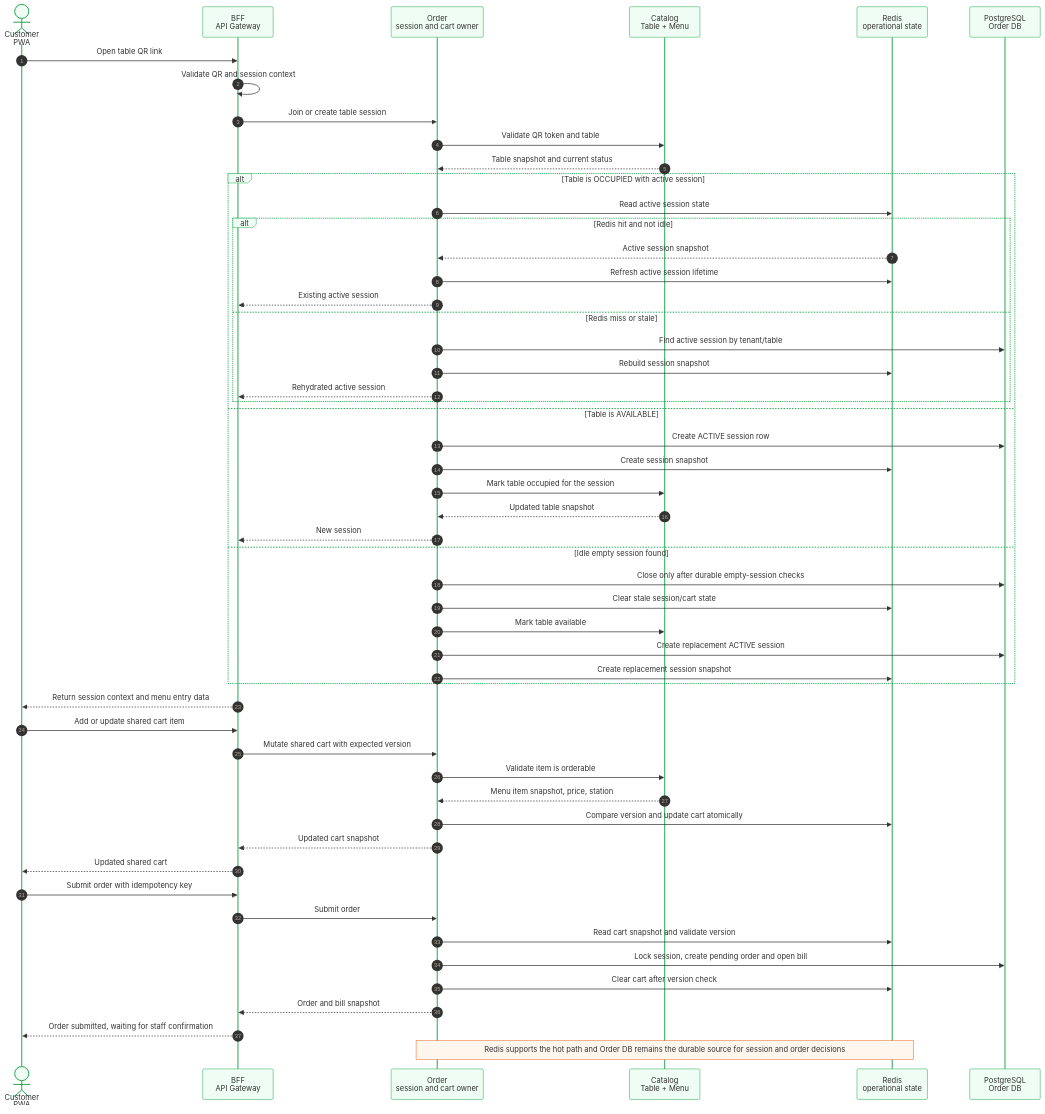
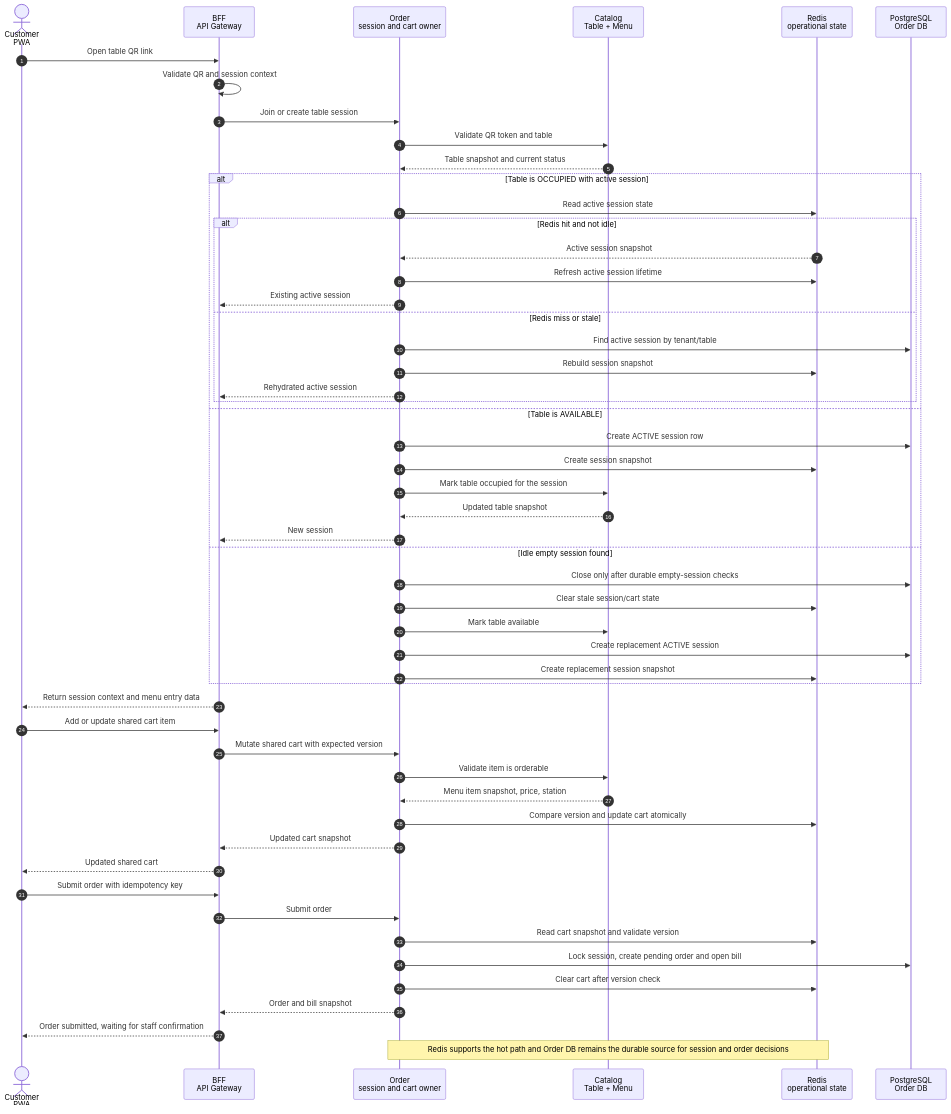
The diagram in docs/graduation-thesis-resources/thesis-report/assets/diagrams/chapter5-qr-ordering-session.mmd (quan-vo-dinh/saas-pos-microservices-qrtable), drawn with Mermaid before and after one commit. The commit also changed 269 other files, not shown here.

Commit message:
docs: update thesis report, use cases, diagrams, and benchmarks

```diff
--- a/docs/graduation-thesis-resources/thesis-report/assets/diagrams/chapter5-qr-ordering-session.mmd
+++ b/docs/graduation-thesis-resources/thesis-report/assets/diagrams/chapter5-qr-ordering-session.mmd
@@ -1,59 +1,58 @@
-%%{init: {"theme": "base", "sequence": {"showSequenceNumbers": true, "actorMargin": 90, "messageMargin": 48}, "themeVariables": {"fontFamily": "Arial, sans-serif", "primaryColor": "#eef6ff", "primaryBorderColor": "#2563eb", "actorBkg": "#f0fdf4", "actorBorder": "#16a34a", "noteBkgColor": "#fff7ed", "noteBorderColor": "#ea580c", "lineColor": "#475569"}}}%%
 sequenceDiagram
   autonumber
   actor Customer as Customer<br/>PWA
   participant BFF as BFF<br/>API Gateway
   participant Order as Order<br/>session and cart owner
   participant Catalog as Catalog<br/>Table + Menu
   participant Redis as Redis<br/>operational state
   participant ODB as PostgreSQL<br/>Order DB
 
   Customer->>BFF: Open table QR link
   BFF->>BFF: Validate QR and session context
   BFF->>Order: Join or create table session
   Order->>Catalog: Validate QR token and table
   Catalog-->>Order: Table snapshot and current status
 
   alt Table is OCCUPIED with active session
     Order->>Redis: Read active session state
     alt Redis hit and not idle
       Redis-->>Order: Active session snapshot
       Order->>Redis: Refresh active session lifetime
       Order-->>BFF: Existing active session
     else Redis miss or stale
       Order->>ODB: Find active session by tenant/table
       Order->>Redis: Rebuild session snapshot
       Order-->>BFF: Rehydrated active session
     end
   else Table is AVAILABLE
     Order->>ODB: Create ACTIVE session row
     Order->>Redis: Create session snapshot
     Order->>Catalog: Mark table occupied for the session
     Catalog-->>Order: Updated table snapshot
     Order-->>BFF: New session
   else Idle empty session found
     Order->>ODB: Close only after durable empty-session checks
     Order->>Redis: Clear stale session/cart state
     Order->>Catalog: Mark table available
     Order->>ODB: Create replacement ACTIVE session
     Order->>Redis: Create replacement session snapshot
   end
 
   BFF-->>Customer: Return session context and menu entry data
   Customer->>BFF: Add or update shared cart item
   BFF->>Order: Mutate shared cart with expected version
   Order->>Catalog: Validate item is orderable
   Catalog-->>Order: Menu item snapshot, price, station
   Order->>Redis: Compare version and update cart atomically
   Order-->>BFF: Updated cart snapshot
   BFF-->>Customer: Updated shared cart
 
   Customer->>BFF: Submit order with idempotency key
   BFF->>Order: Submit order
   Order->>Redis: Read cart snapshot and validate version
   Order->>ODB: Lock session, create pending order and open bill
   Order->>Redis: Clear cart after version check
   Order-->>BFF: Order and bill snapshot
   BFF-->>Customer: Order submitted, waiting for staff confirmation
 
   Note over Order,Redis: Redis supports the hot path and Order DB remains the durable source for session and order decisions
```
